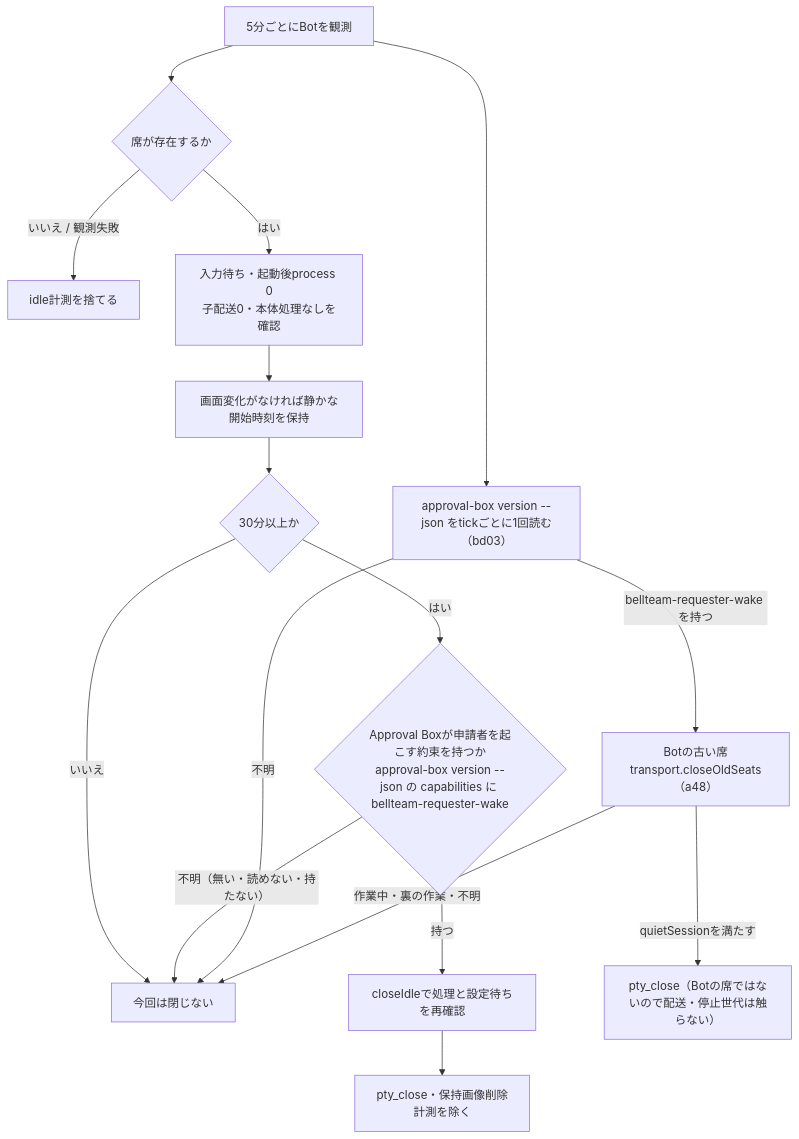
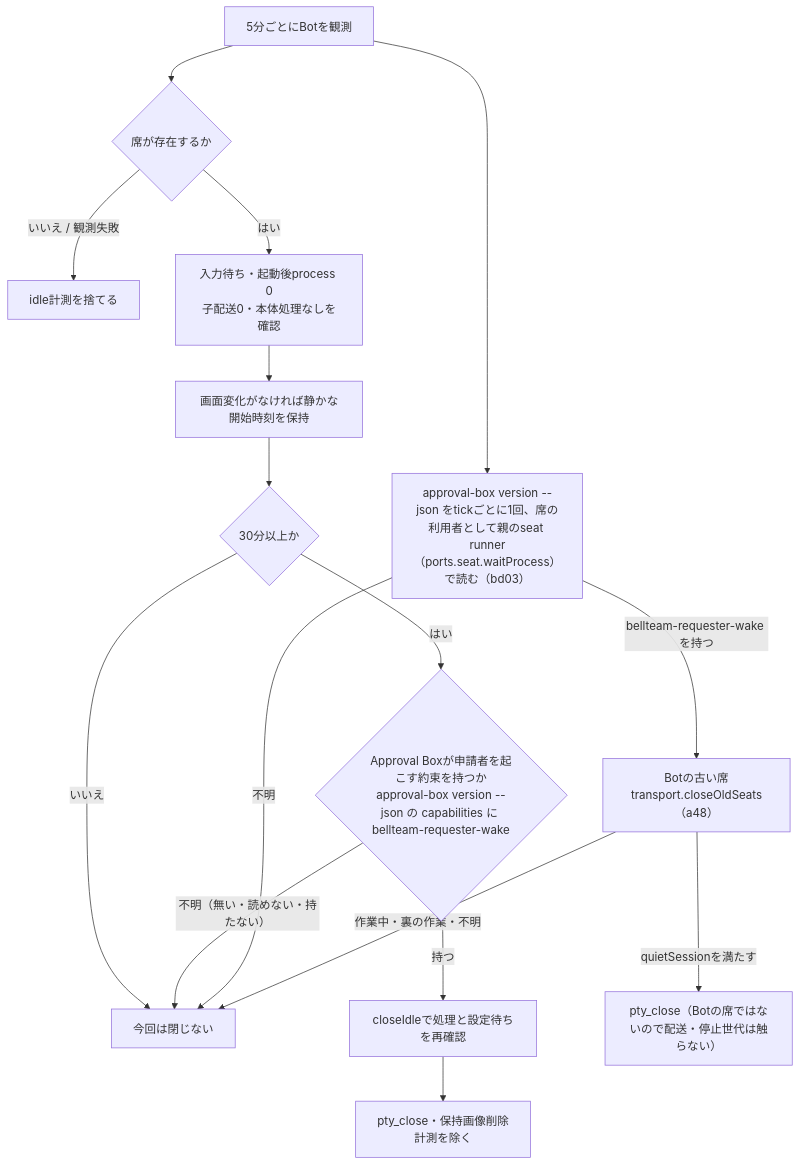
Before and after one commit to kitepon/BellTeam: the diagram in docs/architecture/observation-details.md, drawn with Mermaid. The commit also changed other lines of this file and 3 other files, not shown here.

First line of the commit message:
bd03: read the Approval Box capability as the seat user through the seat runner

````diff
--- a/docs/architecture/observation-details.md
+++ b/docs/architecture/observation-details.md
@@ -15,18 +15,18 @@
 ```mermaid
 flowchart TD
   Poll["5分ごとにBotを観測"] --> Exists{"席が存在するか"}
   Exists -->|"いいえ / 観測失敗"| Reset["idle計測を捨てる"]
   Exists -->|"はい"| Quiet["入力待ち・起動後process 0<br/>子配送0・本体処理なしを確認"]
   Quiet --> Since["画面変化がなければ静かな開始時刻を保持"]
   Since --> Time{"30分以上か"}
   Time -->|"いいえ"| Keep["今回は閉じない"]
   Time -->|"はい"| Approval{"Approval Boxが申請者を起こす約束を持つか<br/>approval-box version --json の capabilities に bellteam-requester-wake"}
   Approval -->|"不明（無い・読めない・持たない）"| Keep
   Approval -->|"持つ"| Close["closeIdleで処理と設定待ちを再確認"]
   Close --> End["pty_close・保持画像削除<br/>計測を除く"]
-  Poll --> Wake["approval-box version --json をtickごとに1回読む（bd03）"]
+  Poll --> Wake["approval-box version --json をtickごとに1回、席の利用者として親のseat runner（ports.seat.waitProcess）で読む（bd03）"]
   Wake -->|"bellteam-requester-wake を持つ"| Old["Botの古い席<br/>transport.closeOldSeats（a48）"]
   Wake -->|"不明"| Keep
   Old -->|"quietSessionを満たす"| OldClose["pty_close（Botの席ではないので配送・停止世代は触らない）"]
   Old -->|"作業中・裏の作業・不明"| Keep
 ```
````
